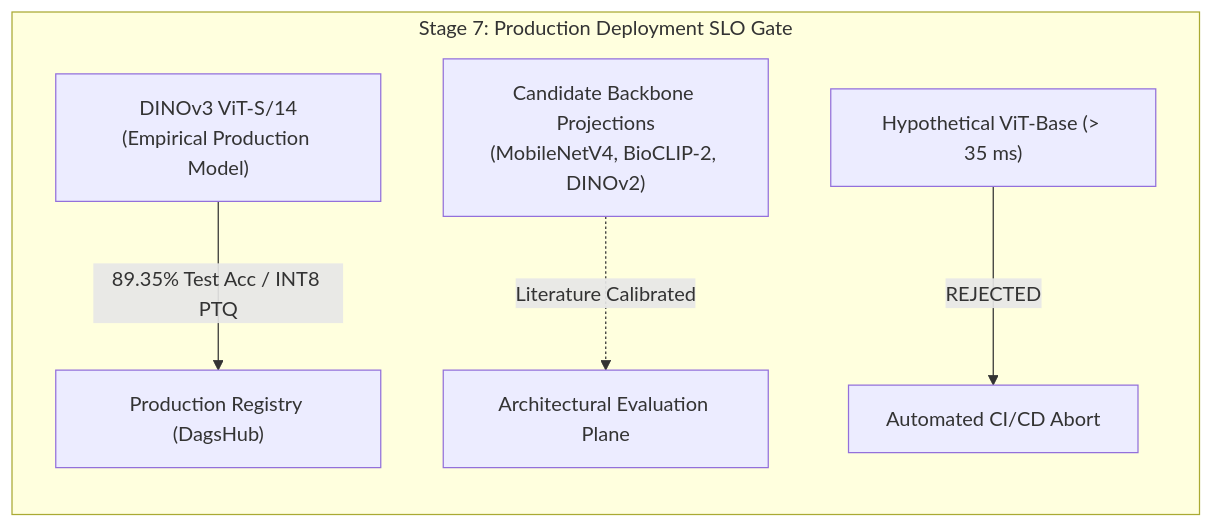
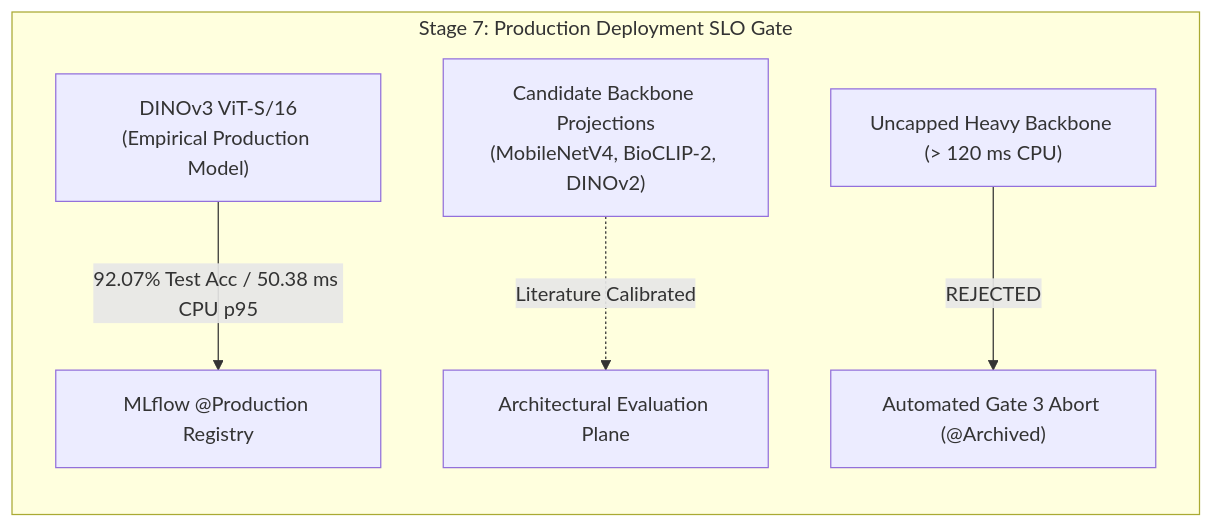
The diagram in docs/model_engineering/backbone_benchmarking_pareto.md (foersben/taxon-vision-mlops), drawn with Mermaid before and after one commit. The commit also changed other lines of this file and 33 other files, not shown here.

````diff
--- a/docs/model_engineering/backbone_benchmarking_pareto.md
+++ b/docs/model_engineering/backbone_benchmarking_pareto.md
@@ -69,8 +69,8 @@
 ```mermaid
 flowchart LR
     subgraph Gate["Stage 7: Production Deployment SLO Gate"]
-        M1["DINOv3 ViT-S/14<br/>(Empirical Production Model)"] -->|89.35% Test Acc / INT8 PTQ| DEPLOY["Production Registry (DagsHub)"]
+        M1["DINOv3 ViT-S/16<br/>(Empirical Production Model)"] -->|92.07% Test Acc / 50.38 ms CPU p95| DEPLOY["MLflow @Production Registry"]
         M2["Candidate Backbone Projections<br/>(MobileNetV4, BioCLIP-2, DINOv2)"] -.->|Literature Calibrated| EVAL["Architectural Evaluation Plane"]
-        M3["Hypothetical ViT-Base (> 35 ms)"] -->|REJECTED| FAIL["Automated CI/CD Abort"]
+        M3["Uncapped Heavy Backbone (> 120 ms CPU)"] -->|REJECTED| FAIL["Automated Gate 3 Abort (@Archived)"]
     end
 ```
````
